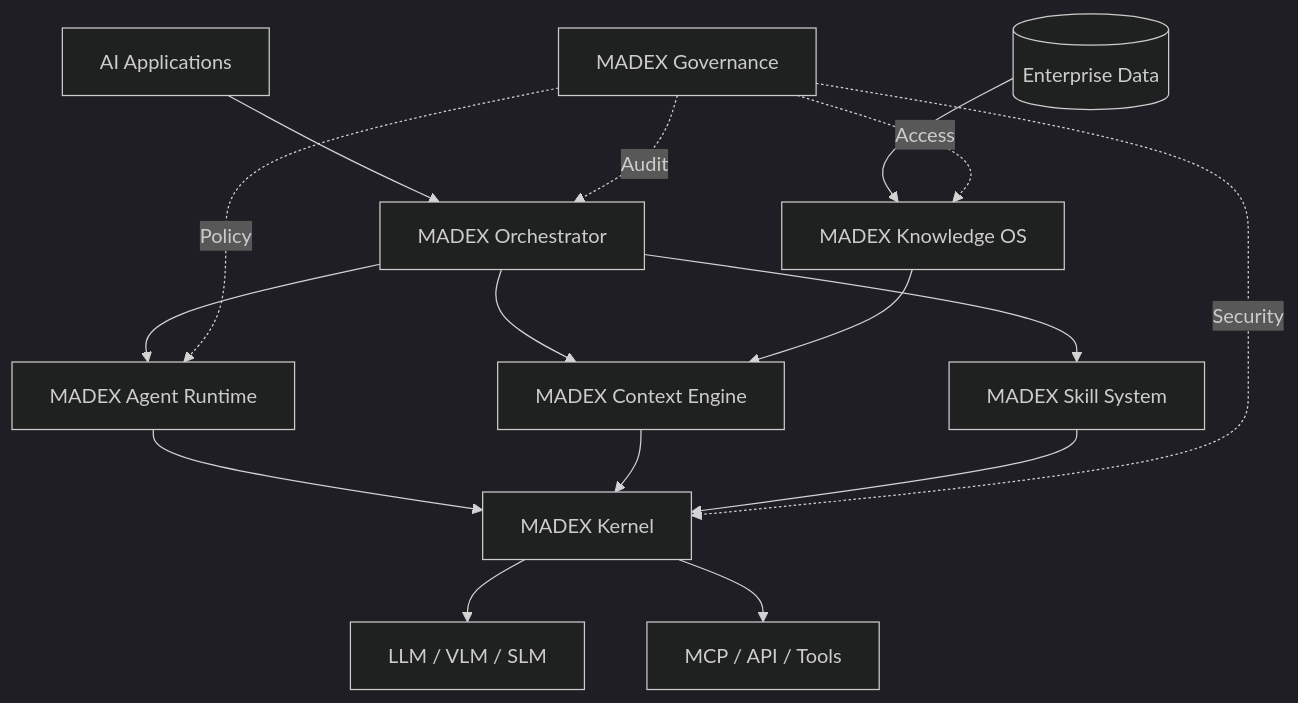
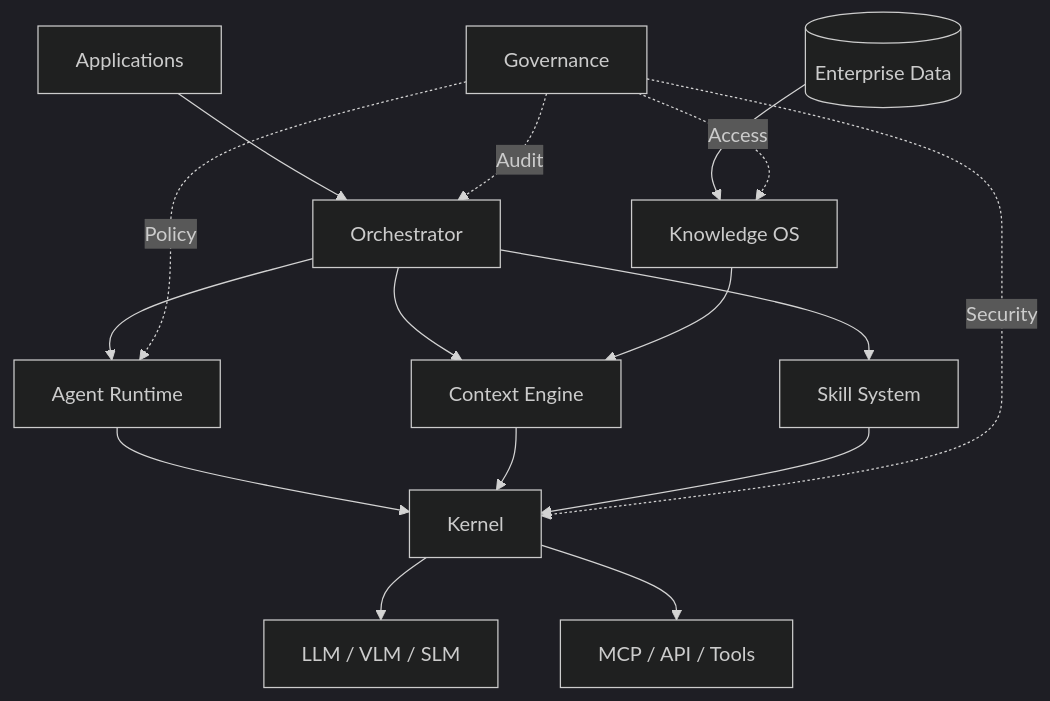
The diagram in MADEX AI OS.md (MaaeYeng2517/MADex), drawn with Mermaid (dark theme) before and after one commit. The commit also changed other lines of this file, not shown here.

Commit message:
Update MADEX AI OS.md

````diff
--- a/MADEX AI OS.md
+++ b/MADEX AI OS.md
@@ -347,39 +487,39 @@
 ```mermaid
 flowchart TB
 
-    APP[AI Applications]
+    APP[Applications]
 
-    K[MADEX Kernel]
+    K[Kernel]
 
-    AR[MADEX Agent Runtime]
-    CE[MADEX Context Engine]
-    KO[MADEX Knowledge OS]
-    OR[MADEX Orchestrator]
-    SS[MADEX Skill System]
-    GV[MADEX Governance]
+    AR[Agent Runtime]
+    CE[Context Engine]
+    KO[Knowledge OS]
+    OR[Orchestrator]
+    SS[Skill System]
+    GV[Governance]
 
     MODEL[LLM / VLM / SLM]
     DATA[(Enterprise Data)]
     TOOLS[MCP / API / Tools]
 
     APP --> OR
 
     OR --> AR
     OR --> CE
     OR --> SS
 
     AR --> K
     CE --> K
     SS --> K
 
     KO --> CE
     DATA --> KO
 
     K --> MODEL
     K --> TOOLS
 
     GV -. Security .-> K
     GV -. Policy .-> AR
     GV -. Audit .-> OR
     GV -. Access .-> KO
 ```
````
